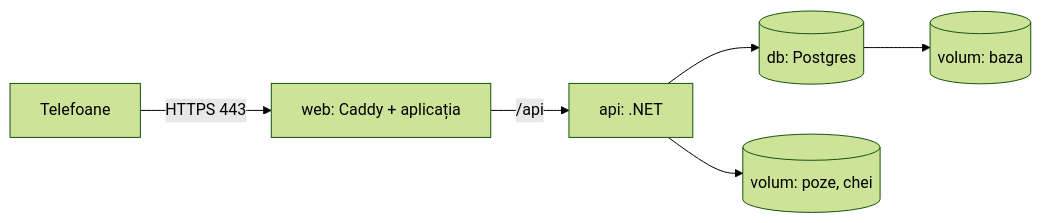
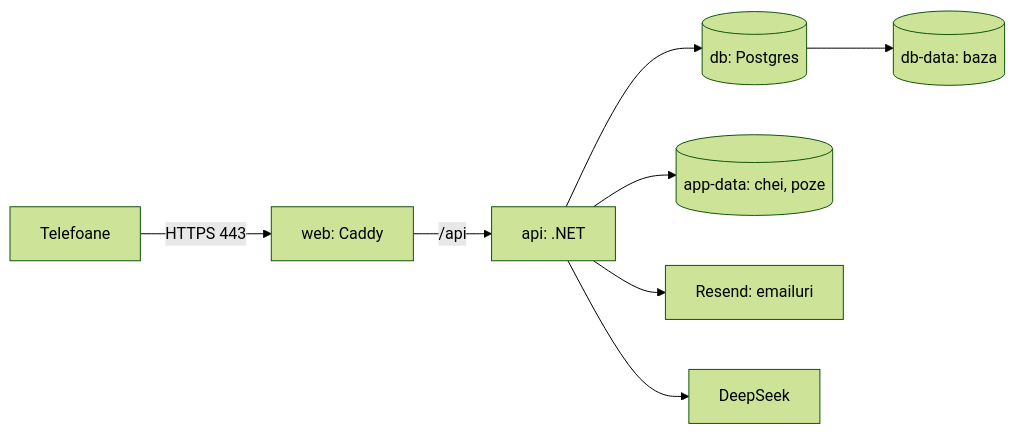
Before and after one commit to developedbyflow/macro-mate: the diagram in docs/ghid/09-deploy.md, drawn with Mermaid (forest theme). The commit also changed other lines of this file and 56 other files, not shown here.

````diff
--- a/docs/ghid/09-deploy.md
+++ b/docs/ghid/09-deploy.md
@@ -5,8 +13,10 @@
 ```mermaid
 flowchart LR
-  T[Telefoane] -->|HTTPS 443| C[web: Caddy + aplicația]
+  T[Telefoane] -->|HTTPS 443| C[web: Caddy]
   C -->|/api| A[api: .NET]
   A --> D[(db: Postgres)]
-  A --> V[(volum: poze, chei)]
-  D --> VD[(volum: baza)]
+  A --> V[(app-data: chei, poze)]
+  D --> VD[(db-data: baza)]
+  A --> R[Resend: emailuri]
+  A --> DS[DeepSeek]
 ```
````
